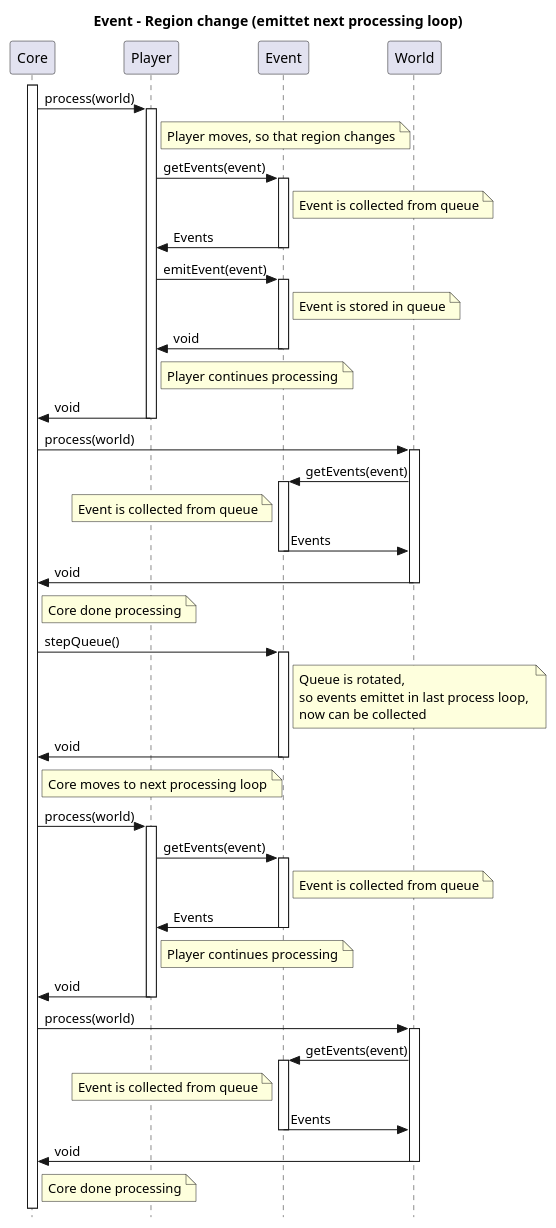
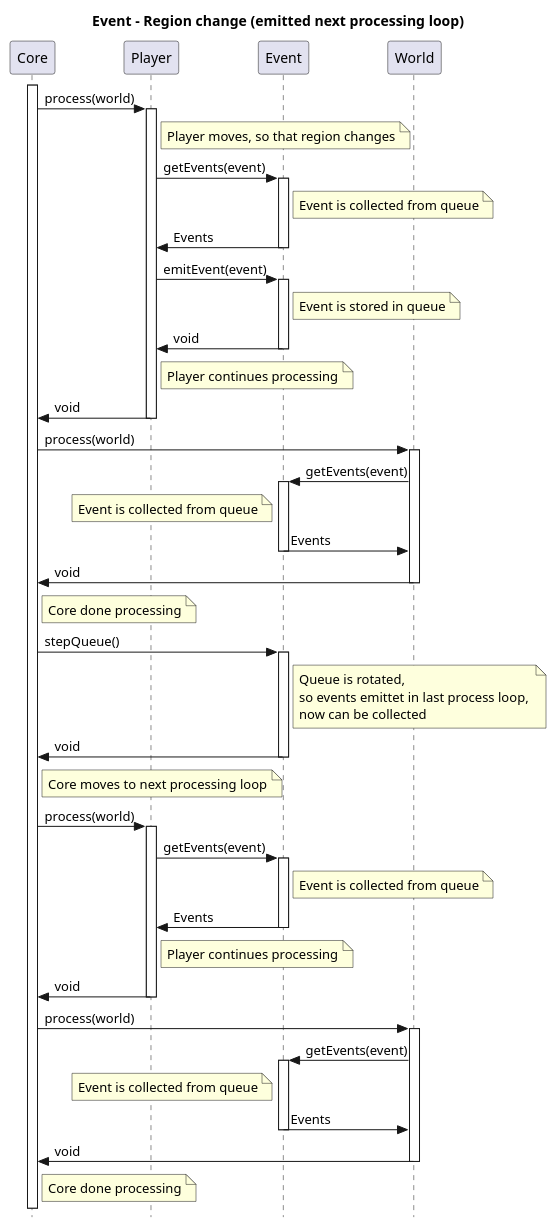
The diagram in docs/diagrams/SequenceDiagrams/EventRegionChangeNextProcess.puml (sesem4/Nelda), drawn with PlantUML before and after one commit. The commit also changed 2 other files, not shown here.

```diff
--- a/docs/diagrams/SequenceDiagrams/EventRegionChangeNextProcess.puml
+++ b/docs/diagrams/SequenceDiagrams/EventRegionChangeNextProcess.puml
@@ -1,102 +1,102 @@
 @startuml Event Next Process
 skinparam style strictuml
-title Event - Region change (emittet next processing loop)
+title Event - Region change (emitted next processing loop)
 
 activate Core
 
 Core -> Player: process(world)
 
 activate Player
 note right of Player
 	Player moves, so that region changes
 end note
 Player -> Event: getEvents(event)
 activate Event
 note right of Event
 	Event is collected from queue
 end note
 Event -> Player: Events
 deactivate Event
 
 Player -> Event: emitEvent(event)
 activate Event
 note right of Event
 	Event is stored in queue
 end note
 Event -> Player: void
 deactivate Event
 
 note right of Player
 	Player continues processing
 end note
 
 Player -> Core: void
 deactivate Player
 
 Core -> World: process(world)
 activate World
 World -> Event: getEvents(event)
 activate Event
 note left of Event
 	Event is collected from queue
 end note
 Event -> World: Events
 deactivate Event
 World -> Core: void
 deactivate World
 
 note right of Core
 	Core done processing
 end note
 
 Core -> Event: stepQueue()
 activate Event
 note right of Event
 	Queue is rotated, 
 	so events emittet in last process loop, 
 	now can be collected
 end note
 Event -> Core: void
 deactivate Event
 
 note right of Core
 	Core moves to next processing loop
 end note
 
 Core -> Player: process(world)
 
 activate Player
 note right of Player
 end note
 Player -> Event: getEvents(event)
 activate Event
 note right of Event
 	Event is collected from queue
 end note
 Event -> Player: Events
 deactivate Event
 
 note right of Player
 	Player continues processing
 end note
 
 Player -> Core: void
 deactivate Player
 
 Core -> World: process(world)
 activate World
 World -> Event: getEvents(event)
 activate Event
 note left of Event
 	Event is collected from queue
 end note
 Event -> World: Events
 deactivate Event
 World -> Core: void
 deactivate World
 
 note right of Core
 	Core done processing
 end note
 
 @enduml
```
